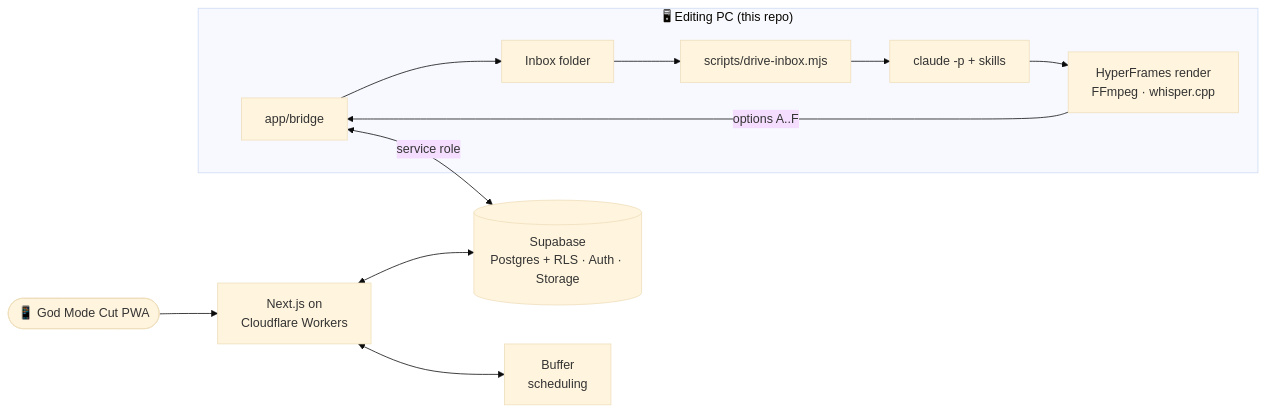
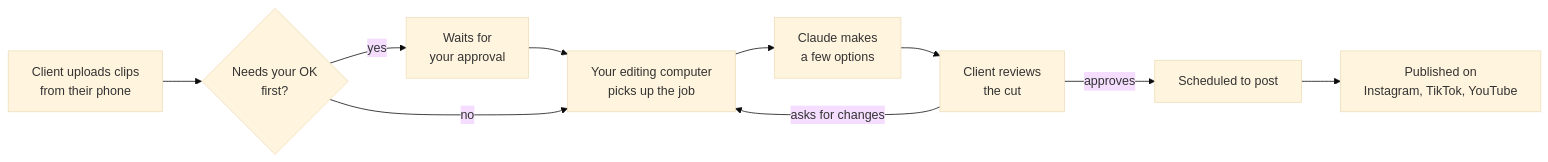
One commit to F0rger123/claude-video-editing-god-mode changed the second of 3 diagrams in README.md. Above: the diagram before and after it, drawn with Mermaid (base theme). The commit also changed other lines of this file and 4 other files, not shown here.

````diff
--- a/README.md
+++ b/README.md
@@ -123,14 +94,10 @@
 ```mermaid
 flowchart LR
-    Phone(["📱 God Mode Cut PWA"]) --> App["Next.js on<br/>Cloudflare Workers"]
-    App <--> SB[("Supabase<br/>Postgres + RLS · Auth · Storage")]
-    App <--> Buffer["Buffer<br/>scheduling"]
-    subgraph PC["🖥 Editing PC (this repo)"]
-        Bridge["app/bridge"] --> Inbox["Inbox folder"]
-        Inbox --> Runner["scripts/drive-inbox.mjs"]
-        Runner --> Claude["claude -p + skills"]
-        Claude --> HF["HyperFrames render<br/>FFmpeg · whisper.cpp"]
-    end
-    Bridge <-- service role --> SB
-    HF -- options A..F --> Bridge
+    A["Client uploads clips<br/>from their phone"] --> B{"Needs your OK<br/>first?"}
+    B -->|yes| C["Waits for<br/>your approval"] --> D
+    B -->|no| D["Your editing computer<br/>picks up the job"]
+    D --> E["Claude makes<br/>a few options"]
+    E --> F["Client reviews<br/>the cut"]
+    F -->|asks for changes| D
+    F -->|approves| G["Scheduled to post"] --> H["Published on<br/>Instagram, TikTok, YouTube"]
 ```
````
